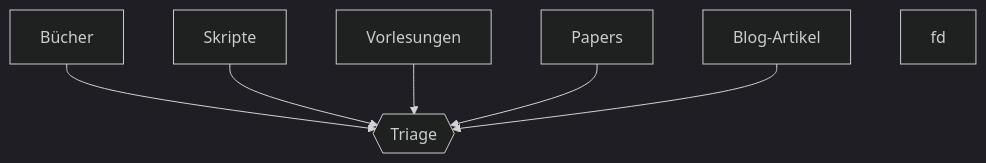
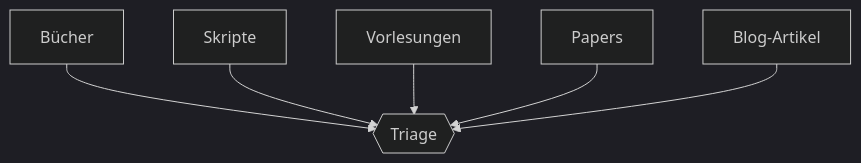
The diagram in System/Informationsverarbeitung.md (julianstoerig/zettelkasten), drawn with Mermaid (dark theme) before and after one commit.

Commit message:
automatic version-control: 2021-01-11 22:11:15

````diff
--- a/System/Informationsverarbeitung.md
+++ b/System/Informationsverarbeitung.md
@@ -1,12 +1,11 @@
 ```mermaid
 graph TD;
+
 B["Bücher"] -->T{{"Triage"}};
 S["Skripte"] -->T;
 V["Vorlesungen"] -->T;
 P["Papers"] -->T;
 A["Blog-Artikel"] -->T;
 
-fd
-
 
 ```
````
